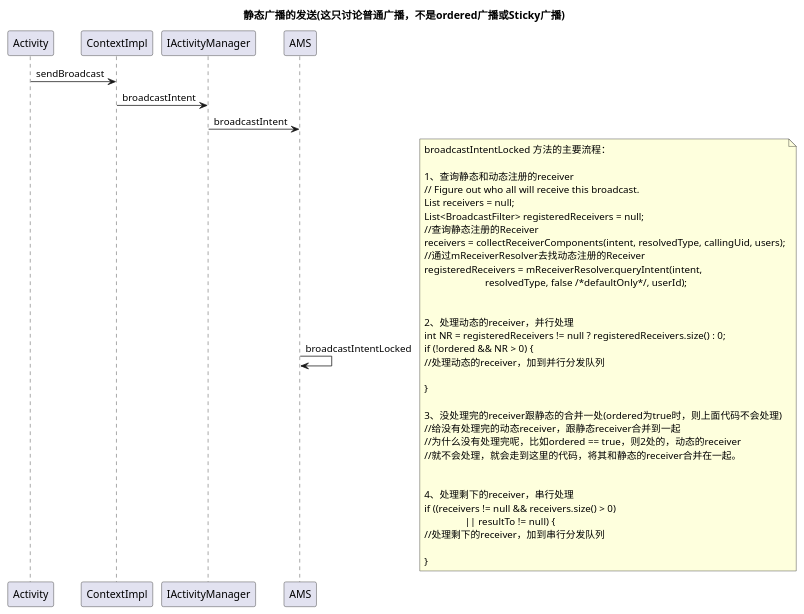
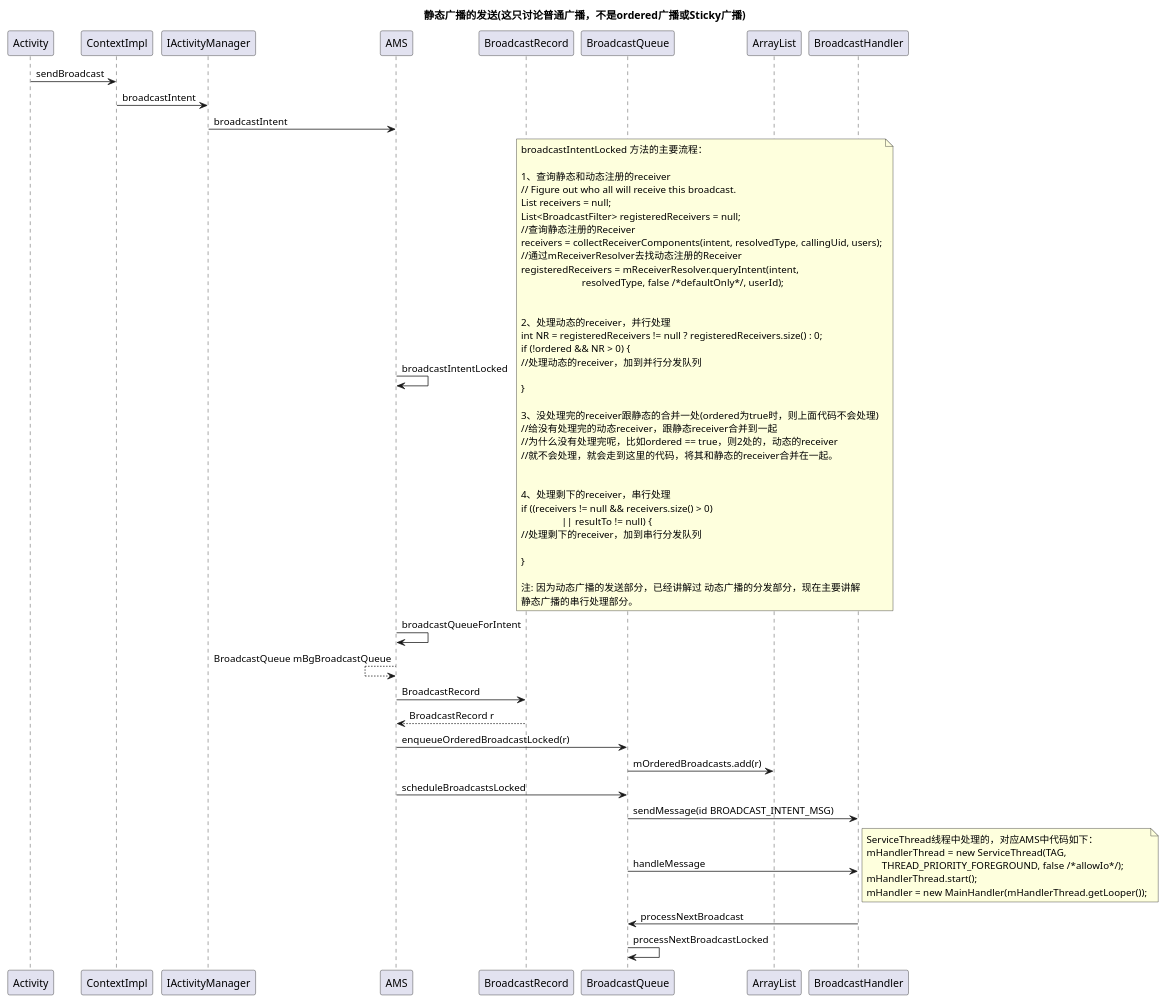
Before and after one commit to KentTJ/ImoocRxJavaStudy: the diagram in Android_framework_sequences/广播_静态广播_02_发送.puml, drawn with PlantUML.

Commit message:
静态广播。

```diff
--- a/Android_framework_sequences/广播_静态广播_02_发送.puml
+++ b/Android_framework_sequences/广播_静态广播_02_发送.puml
@@ -1,48 +1,88 @@
 @startuml
 title 静态广播的发送(这只讨论普通广播，不是ordered广播或Sticky广播)
 
 Activity -> ContextImpl : sendBroadcast
 
 ContextImpl -> IActivityManager : broadcastIntent
 
 IActivityManager -> AMS : broadcastIntent
 
 AMS -> AMS : broadcastIntentLocked
 note right
 broadcastIntentLocked 方法的主要流程：
 
 1、查询静态和动态注册的receiver
 // Figure out who all will receive this broadcast.
 List receivers = null;
 List<BroadcastFilter> registeredReceivers = null;
 //查询静态注册的Receiver
 receivers = collectReceiverComponents(intent, resolvedType, callingUid, users);
 //通过mReceiverResolver去找动态注册的Receiver
 registeredReceivers = mReceiverResolver.queryIntent(intent,
                         resolvedType, false /*defaultOnly*/, userId);
 
 
 2、处理动态的receiver，并行处理
 int NR = registeredReceivers != null ? registeredReceivers.size() : 0;
 if (!ordered && NR > 0) {
 //处理动态的receiver，加到并行分发队列
 
 }
 
 3、没处理完的receiver跟静态的合并一处(ordered为true时，则上面代码不会处理)
 //给没有处理完的动态receiver，跟静态receiver合并到一起
 //为什么没有处理完呢，比如ordered == true，则2处的，动态的receiver
 //就不会处理，就会走到这里的代码，将其和静态的receiver合并在一起。
 
 
 4、处理剩下的receiver，串行处理
 if ((receivers != null && receivers.size() > 0)
                 || resultTo != null) {
 //处理剩下的receiver，加到串行分发队列
 
 }
+
+注: 因为动态广播的发送部分，已经讲解过 动态广播的分发部分，现在主要讲解
+静态广播的串行处理部分。
 end note
+'if ((receivers != null && receivers.size() > 0)
+ '                || resultTo != null) {
+ '            BroadcastQueue queue = broadcastQueueForIntent(intent);
+ '            BroadcastRecord r = new BroadcastRecord(queue, intent, callerApp,
+ '                    callerPackage, callingPid, callingUid, callerInstantApp, resolvedType,
+ '                    requiredPermissions, appOp, brOptions, receivers, resultTo, resultCode,
+ '                    resultData, resultExtras, ordered, sticky, false, userId);
+ '                queue.enqueueOrderedBroadcastLocked(r);
+ '                queue.scheduleBroadcastsLocked();
+ '}
+
+AMS -> AMS : broadcastQueueForIntent
+AMS <-- AMS : BroadcastQueue mBgBroadcastQueue
+
+AMS -> BroadcastRecord : BroadcastRecord
+AMS <-- BroadcastRecord : BroadcastRecord r
+
+AMS -> BroadcastQueue : enqueueOrderedBroadcastLocked(r)
+
+BroadcastQueue -> ArrayList : mOrderedBroadcasts.add(r)
+
+AMS -> BroadcastQueue : scheduleBroadcastsLocked
+
+BroadcastQueue -> BroadcastHandler : sendMessage(id BROADCAST_INTENT_MSG)
+
+BroadcastQueue -> BroadcastHandler : handleMessage
+note right
+ServiceThread线程中处理的，对应AMS中代码如下：
+mHandlerThread = new ServiceThread(TAG,
+      THREAD_PRIORITY_FOREGROUND, false /*allowIo*/);
+mHandlerThread.start();
+mHandler = new MainHandler(mHandlerThread.getLooper());
+end note
+
+BroadcastHandler -> BroadcastQueue : processNextBroadcast
+
+BroadcastQueue -> BroadcastQueue : processNextBroadcastLocked
 
 
 
 @enduml
```
